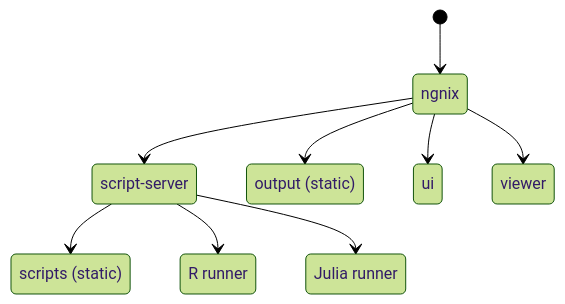
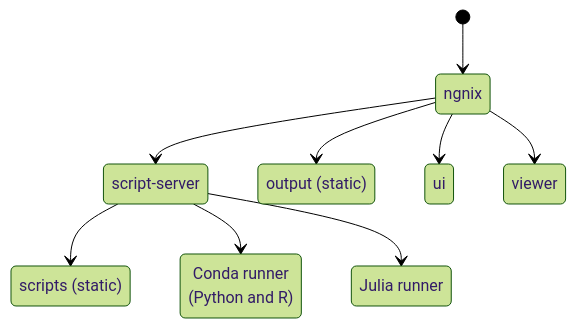
The second of 5 diagrams in README-dev.md (GEO-BON/bon-in-a-box-pipeline-engine), drawn with Mermaid (forest theme) before and after one commit. The commit also changed other lines of this file and 1 other file, not shown here.

````diff
--- a/README-dev.md
+++ b/README-dev.md
@@ -116,17 +127,18 @@
 ```mermaid
 stateDiagram-v2
     state "script-server" as script
     state "scripts (static)" as scripts
     state "output (static)" as output
-    state "R runner" as r
+    state "Conda runner
+    (Python and R)" as conda
     state "Julia runner" as julia
 
     [*] --> ngnix
     ngnix --> ui
     ngnix --> viewer
     ngnix --> script
     ngnix --> output
     script --> scripts
-    script --> r
+    script --> conda
     script --> julia
 ```
````
